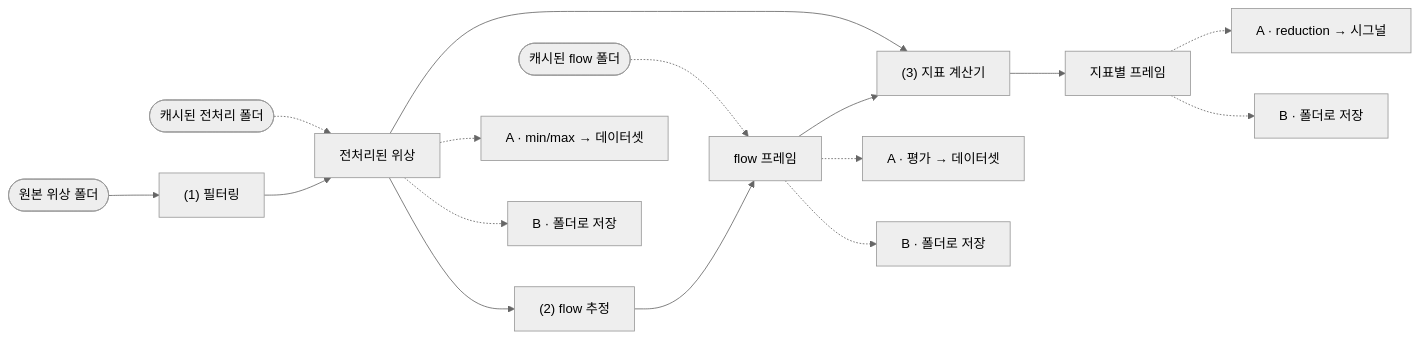
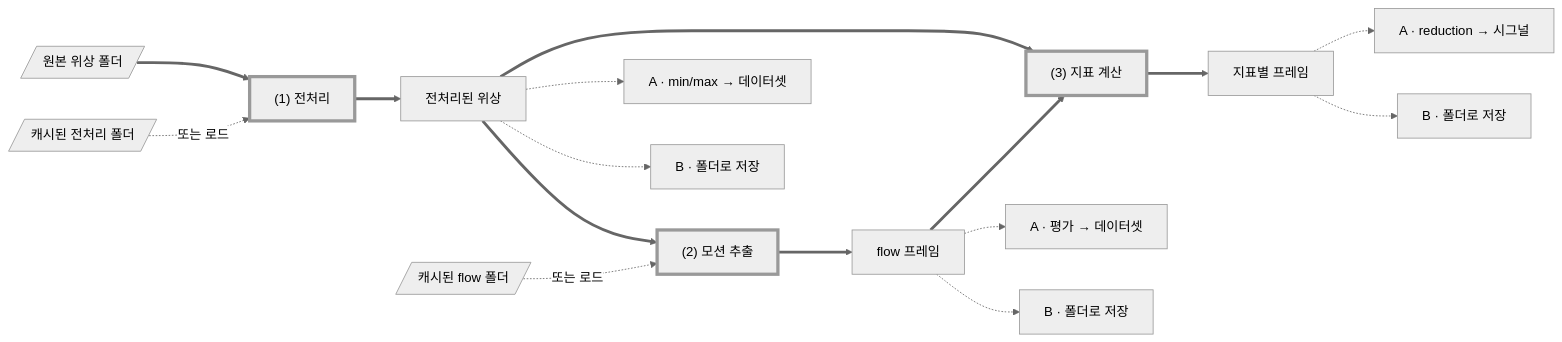
Before and after one commit to iivs-lab/cardiomyocytes: the first of 2 diagrams in TODO.md, drawn with Mermaid (neutral theme). The commit also changed other lines of this file, not shown here.

Commit message:
📝 Hang each cache off the stage it replaces, and thicken the main stream
The cached folders joined the stream after their stage, which drew them as a
second producer rather than as the other way to run that stage. They attach
to the stage now, labelled, so the choice reads where it is made. The three
stages carry the main stream on thick links and a heavier border, leaving the
dotted lines to mean only two things: a source standing in for a computation,
and a side branch.

````diff
--- a/TODO.md
+++ b/TODO.md
@@ -26,18 +26,24 @@
 ```mermaid
 flowchart LR
-  raw(["원본 위상 폴더"]) --> F["(1) 필터링"]
-  c1(["캐시된 전처리 폴더"]) -.-> P["전처리된 위상"]
-  F --> P
-  P --> E["(2) flow 추정"]
-  c2(["캐시된 flow 폴더"]) -.-> FL["flow 프레임"]
-  E --> FL
-  P --> M["(3) 지표 계산기"]
-  FL --> M
-  M --> D["지표별 프레임"]
+  raw[/"원본 위상 폴더"/] ==> S1
+  c1[/"캐시된 전처리 폴더"/] -. "또는 로드" .-> S1
+  S1["(1) 전처리"] ==> P["전처리된 위상"]
+
+  P ==> S2
+  c2[/"캐시된 flow 폴더"/] -. "또는 로드" .-> S2
+  S2["(2) 모션 추출"] ==> FL["flow 프레임"]
+
+  P ==> S3
+  FL ==> S3["(3) 지표 계산"]
+  S3 ==> D["지표별 프레임"]
+
   P -.-> A1["A · min/max → 데이터셋"]
   P -.-> B1["B · 폴더로 저장"]
   FL -.-> A2["A · 평가 → 데이터셋"]
   FL -.-> B2["B · 폴더로 저장"]
   D -.-> A3["A · reduction → 시그널"]
   D -.-> B3["B · 폴더로 저장"]
+
+  classDef stage stroke-width:4px
+  class S1,S2,S3 stage
 ```
````
